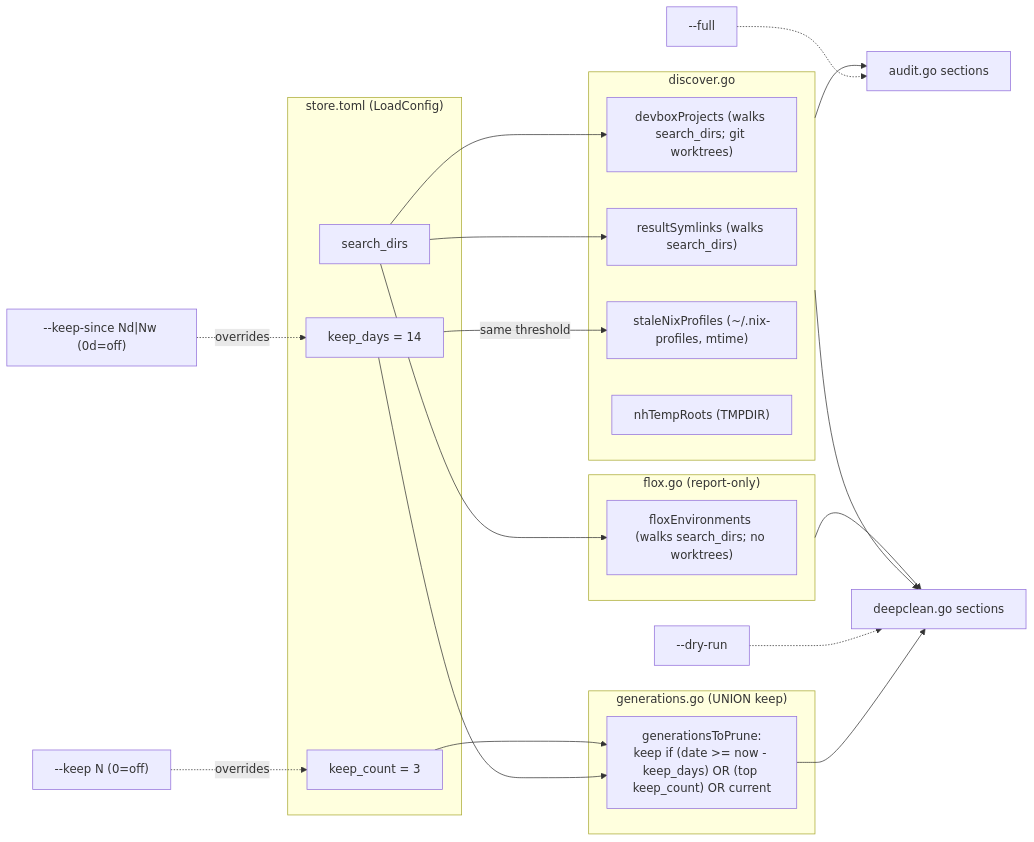
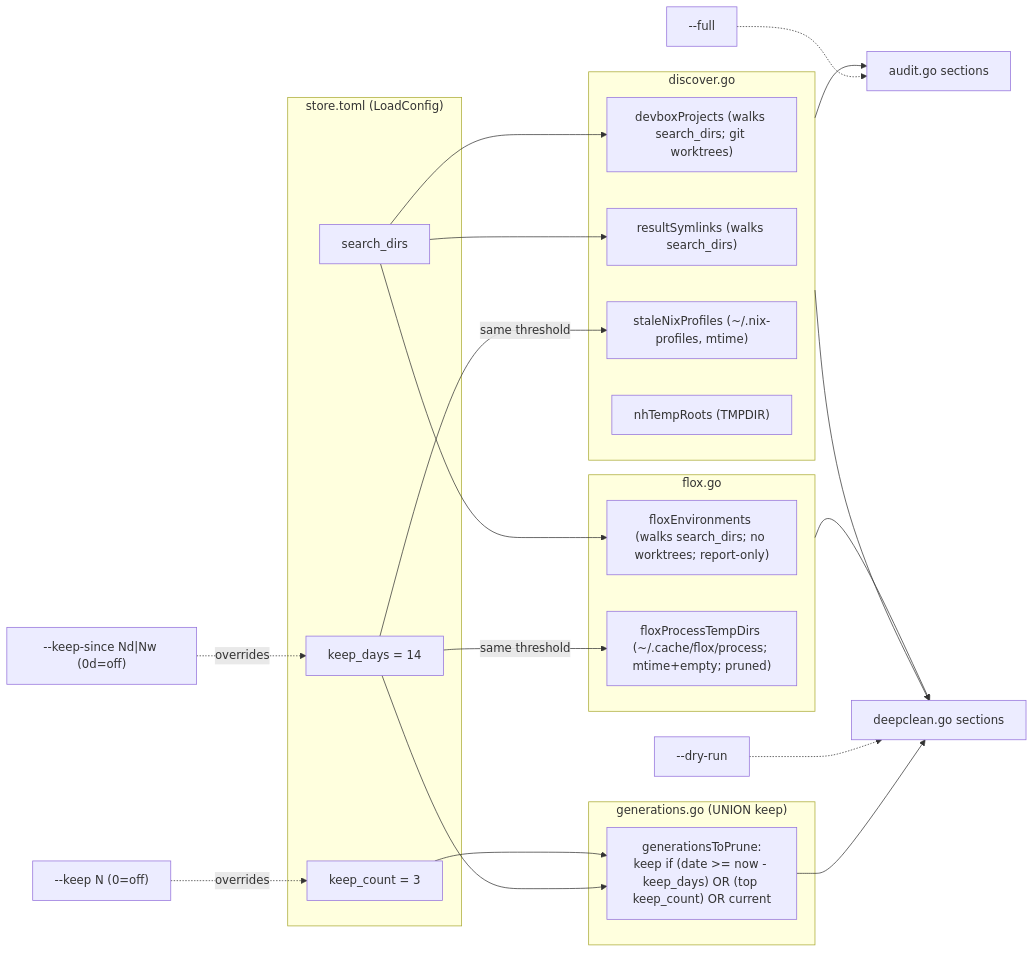
One commit to phillipgreenii/nix-repo-base changed the second of 2 diagrams in docs/pn-store.md. Above: the diagram before and after it, drawn with Mermaid. The commit also changed other lines of this file and 5 other files, not shown here.

First line of the commit message:
feat(pn/store): prune orphaned Flox activation temp dirs in deepclean

````diff
--- a/docs/pn-store.md
+++ b/docs/pn-store.md
@@ -149,40 +155,42 @@
 ```mermaid
 flowchart LR
     subgraph CONFIG["store.toml (LoadConfig)"]
         SD["search_dirs"]
         KD["keep_days = 14"]
         KC["keep_count = 3"]
     end
 
     subgraph DISCOVERY["discover.go"]
         DDP["devboxProjects (walks search_dirs; git worktrees)"]
         DRS["resultSymlinks (walks search_dirs)"]
         DSNP["staleNixProfiles (~/.nix-profiles, mtime)"]
         DNH["nhTempRoots (TMPDIR)"]
     end
 
-    subgraph FLOXD["flox.go (report-only)"]
-        DFE["floxEnvironments (walks search_dirs; no worktrees)"]
+    subgraph FLOXD["flox.go"]
+        DFE["floxEnvironments (walks search_dirs; no worktrees; report-only)"]
+        DFTD["floxProcessTempDirs (~/.cache/flox/process; mtime+empty; pruned)"]
     end
 
     SD --> DDP
     SD --> DRS
     SD --> DFE
 
     subgraph RETENTION["generations.go (UNION keep)"]
         GP["generationsToPrune:<br/>keep if (date >= now - keep_days) OR (top keep_count) OR current"]
     end
     KD --> GP
     KC --> GP
     KD -->|"same threshold"| DSNP
+    KD -->|"same threshold"| DFTD
 
     DISCOVERY --> AUDIT["audit.go sections"]
     DISCOVERY --> CLEAN["deepclean.go sections"]
     FLOXD --> CLEAN
     GP --> CLEAN
 
     KS["--keep-since Nd|Nw (0d=off)"] -.overrides.-> KD
     K["--keep N (0=off)"] -.overrides.-> KC
     FULL["--full"] -.-> AUDIT
     DRY["--dry-run"] -.-> CLEAN
 ```
````
